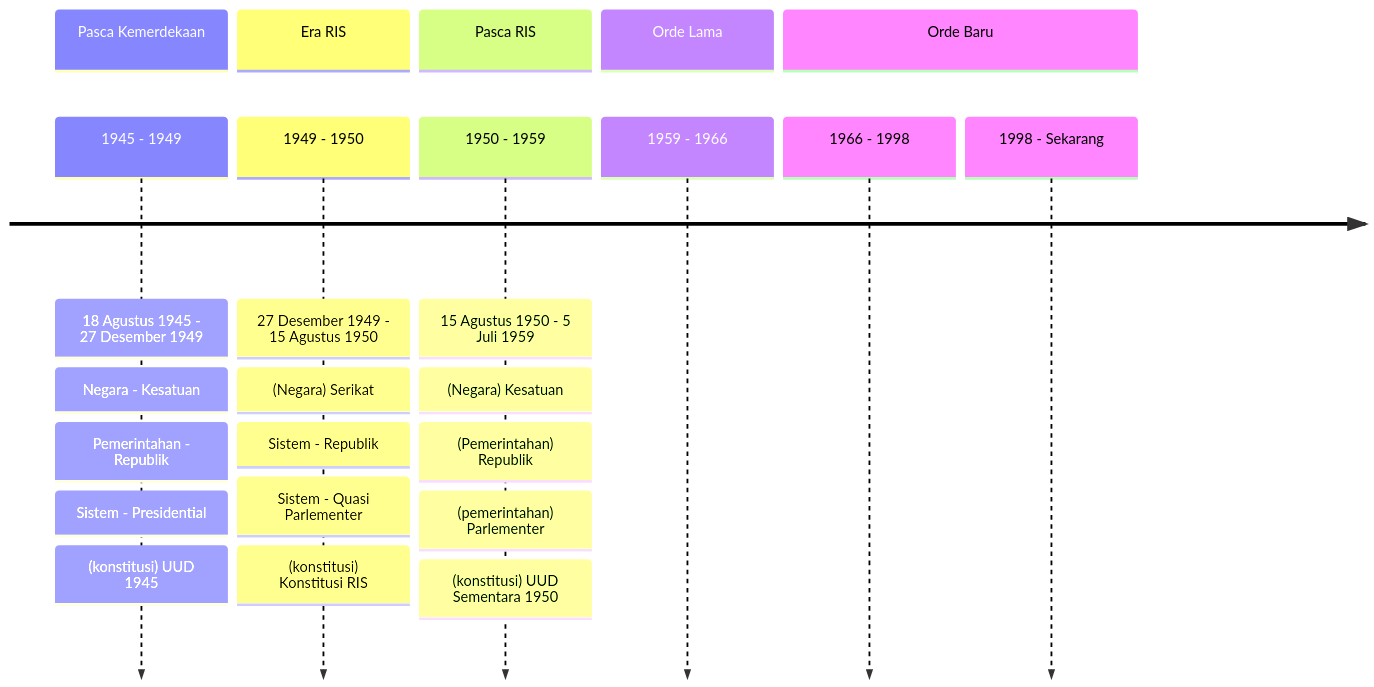
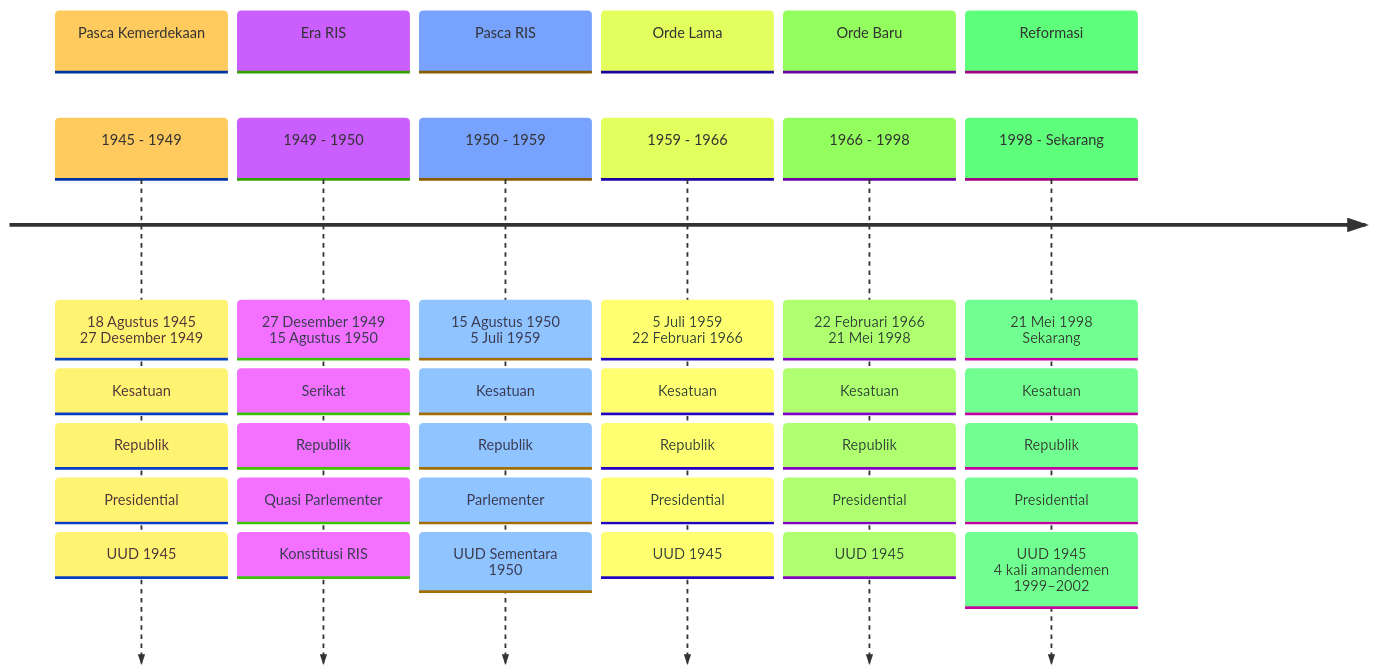
The first of 5 diagrams in tugas-pkn-sesi-2/slides.md (RifaldiAkmalFauzan/tugas-pkn-sesi2), drawn with Mermaid before and after one commit. The commit also changed other lines of this file, not shown here.

Commit message:
enhance slides with detailed historical timeline of Indonesian government systems

````diff
--- a/tugas-pkn-sesi-2/slides.md
+++ b/tugas-pkn-sesi-2/slides.md
@@ -65,29 +83,47 @@
 ```mermaid
+%%{init: { 'logLevel': 'debug', 'theme': 'base', 'timeline': {'disableMulticolor': true}}}%%
 timeline
 section Pasca Kemerdekaan
   1945 - 1949
-    : 18 Agustus 1945 - 27 Desember 1949
-    : Negara - Kesatuan
-    : Pemerintahan - Republik
-    : Sistem - Presidential
-    : (konstitusi) UUD 1945
+      : 18 Agustus 1945 <br> 27 Desember 1949
+      : Kesatuan
+      : Republik
+      : Presidential
+      : UUD 1945
 section Era RIS
   1949 - 1950
-      : 27 Desember 1949 - 15 Agustus 1950
-      : (Negara) Serikat
-      : Sistem - Republik
-      : Sistem - Quasi Parlementer
-      : (konstitusi) Konstitusi RIS
+      : 27 Desember 1949 <br> 15 Agustus 1950
+      : Serikat
+      : Republik
+      : Quasi Parlementer
+      : Konstitusi RIS
 section Pasca RIS
   1950 - 1959
-      : 15 Agustus 1950 - 5 Juli 1959
-      : (Negara) Kesatuan
-      : (Pemerintahan) Republik
-      : (pemerintahan) Parlementer
-      : (konstitusi) UUD Sementara 1950
+      : 15 Agustus 1950 <br> 5 Juli 1959
+      : Kesatuan
+      : Republik
+      : Parlementer
+      : UUD Sementara 1950
 section Orde Lama
-1959 - 1966
+  1959 - 1966
+      : 5 Juli 1959 <br> 22 Februari 1966
+      : Kesatuan
+      : Republik
+      : Presidential
+      : UUD 1945
 section Orde Baru
-1966 - 1998
-1998 - Sekarang
+  1966 - 1998
+      : 22 Februari 1966 <br> 21 Mei 1998
+      : Kesatuan
+      : Republik
+      : Presidential
+      : UUD 1945
+section Reformasi
+  1998 - Sekarang
+      : 21 Mei 1998 <br> Sekarang
+      : Kesatuan
+      : Republik
+      : Presidential
+      : UUD 1945 <br>4 kali amandemen <br> 1999–2002
+
 ```
````
